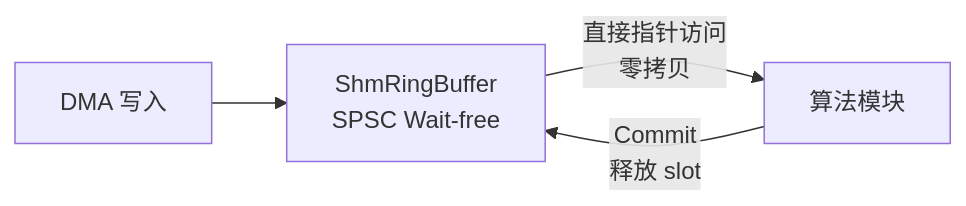
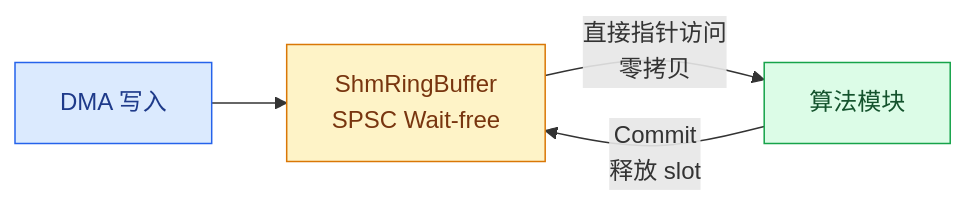
One commit to DeguiLiu/tech-notes changed the fifth of 9 diagrams in content/posts/architecture/embedded_streaming_data_architecture.md. Above: the diagram before and after it, drawn with Mermaid. The commit also changed other lines of this file and 16 other files, not shown here.

First line of the commit message:
story-docs(blog): de-AI architecture and pattern posts, add project links

````diff
--- a/content/posts/architecture/embedded_streaming_data_architecture.md
+++ b/content/posts/architecture/embedded_streaming_data_architecture.md
@@ -231,6 +259,12 @@
 ```mermaid
 flowchart LR
     DMA["DMA 写入"] --> RING["ShmRingBuffer\nSPSC Wait-free"]
     RING -->|"直接指针访问\n零拷贝"| ALGO["算法模块"]
     ALGO -->|"Commit\n释放 slot"| RING
+    classDef src fill:#dbeafe,stroke:#2563eb,color:#1e3a8a
+    classDef buf fill:#fef3c7,stroke:#d97706,color:#78350f
+    classDef sink fill:#dcfce7,stroke:#16a34a,color:#14532d
+    class DMA src
+    class RING buf
+    class ALGO sink
 ```
````
